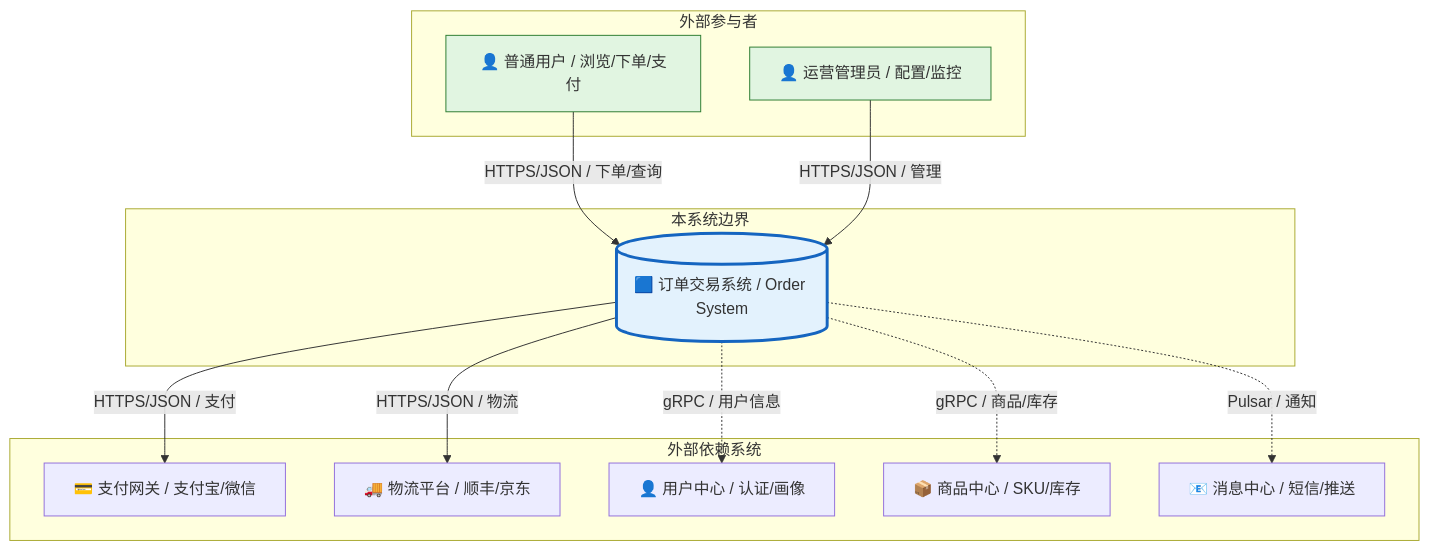
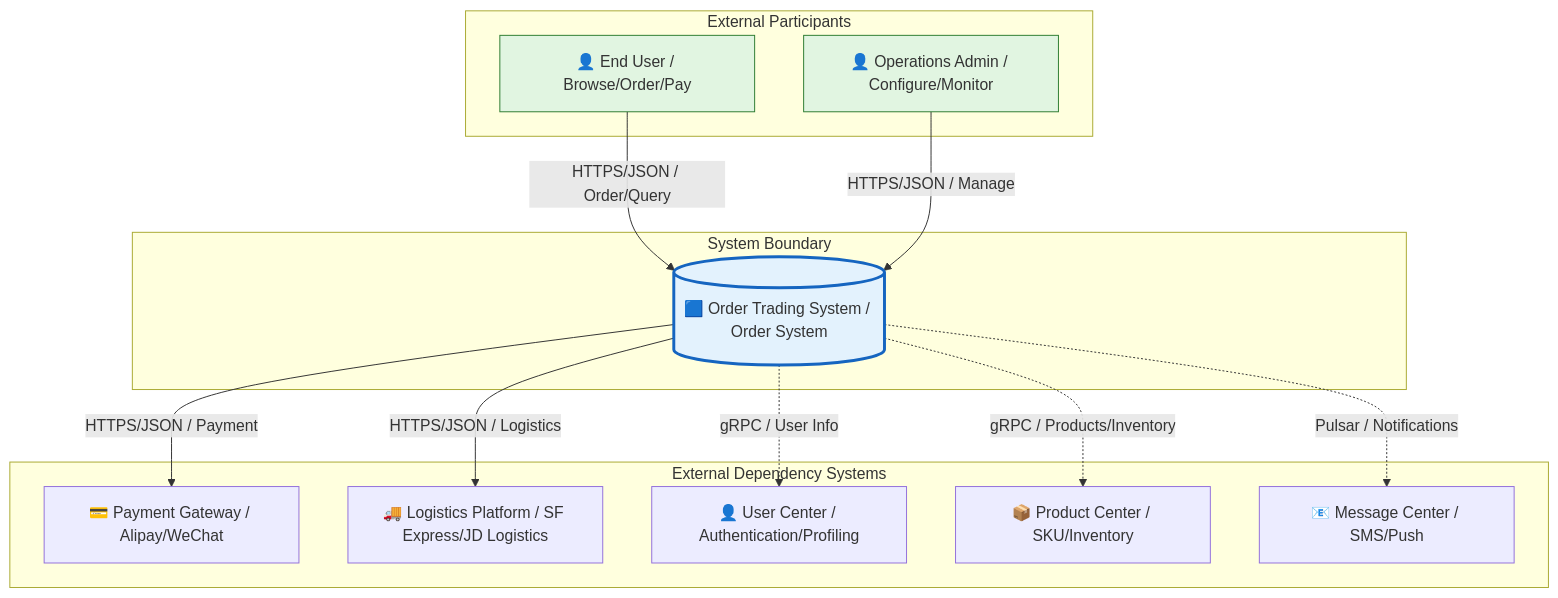
Before and after one commit to Kirky-X/cangjie: the third of 15 diagrams in templates/产品/技术层/【模板】架构设计文档.md, drawn with Mermaid. The commit also changed other lines of this file and 60 other files, not shown here.

````diff
--- a/templates/产品/技术层/【模板】架构设计文档.md
+++ b/templates/产品/技术层/【模板】架构设计文档.md
@@ -153,31 +153,31 @@
 ```mermaid
 graph TB
-    subgraph 外部参与者
-        U1[👤 普通用户 / 浏览/下单/支付]
-        U2[👤 运营管理员 / 配置/监控]
+    subgraph External Participants
+        U1[👤 End User / Browse/Order/Pay]
+        U2[👤 Operations Admin / Configure/Monitor]
     end
 
-    subgraph 本系统边界
-        S1[(🟦 订单交易系统 / Order System)]
+    subgraph System Boundary
+        S1[(🟦 Order Trading System / Order System)]
     end
 
-    subgraph 外部依赖系统
-        E1[💳 支付网关 / 支付宝/微信]
-        E2[🚚 物流平台 / 顺丰/京东]
-        E3[👤 用户中心 / 认证/画像]
-        E4[📦 商品中心 / SKU/库存]
-        E5[📧 消息中心 / 短信/推送]
+    subgraph External Dependency Systems
+        E1[💳 Payment Gateway / Alipay/WeChat]
+        E2[🚚 Logistics Platform / SF Express/JD Logistics]
+        E3[👤 User Center / Authentication/Profiling]
+        E4[📦 Product Center / SKU/Inventory]
+        E5[📧 Message Center / SMS/Push]
     end
 
-    U1 -->|HTTPS/JSON / 下单/查询| S1
-    U2 -->|HTTPS/JSON / 管理| S1
-    S1 -->|HTTPS/JSON / 支付| E1
-    S1 -->|HTTPS/JSON / 物流| E2
-    S1 -.->|gRPC / 用户信息| E3
-    S1 -.->|gRPC / 商品/库存| E4
-    S1 -.->|Pulsar / 通知| E5
+    U1 -->|HTTPS/JSON / Order/Query| S1
+    U2 -->|HTTPS/JSON / Manage| S1
+    S1 -->|HTTPS/JSON / Payment| E1
+    S1 -->|HTTPS/JSON / Logistics| E2
+    S1 -.->|gRPC / User Info| E3
+    S1 -.->|gRPC / Products/Inventory| E4
+    S1 -.->|Pulsar / Notifications| E5
 
     style S1 fill:#e3f2fd,stroke:#1565c0,stroke-width:3px
     style U1 fill:#e1f5e1,stroke:#2e7d32
     style U2 fill:#e1f5e1,stroke:#2e7d32
 ```
````
